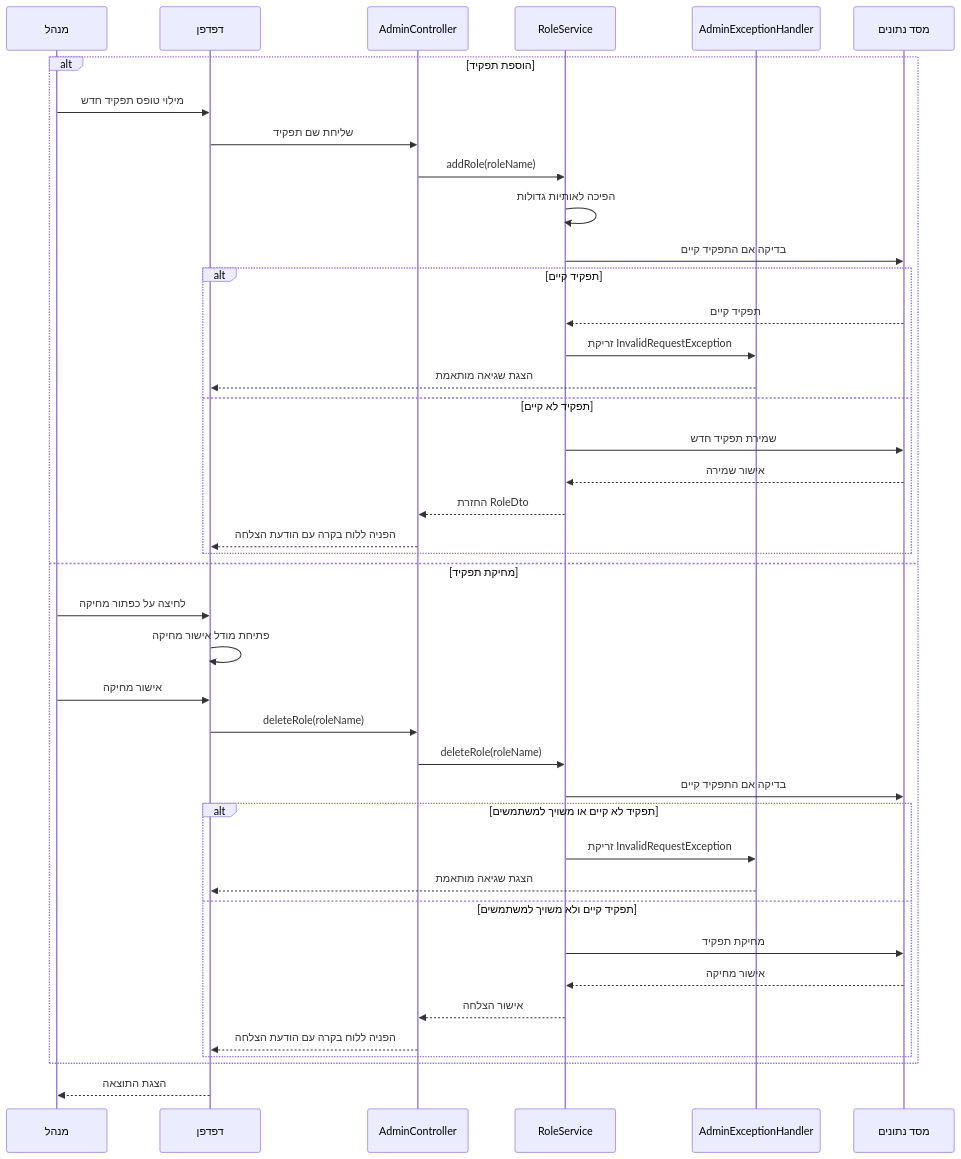
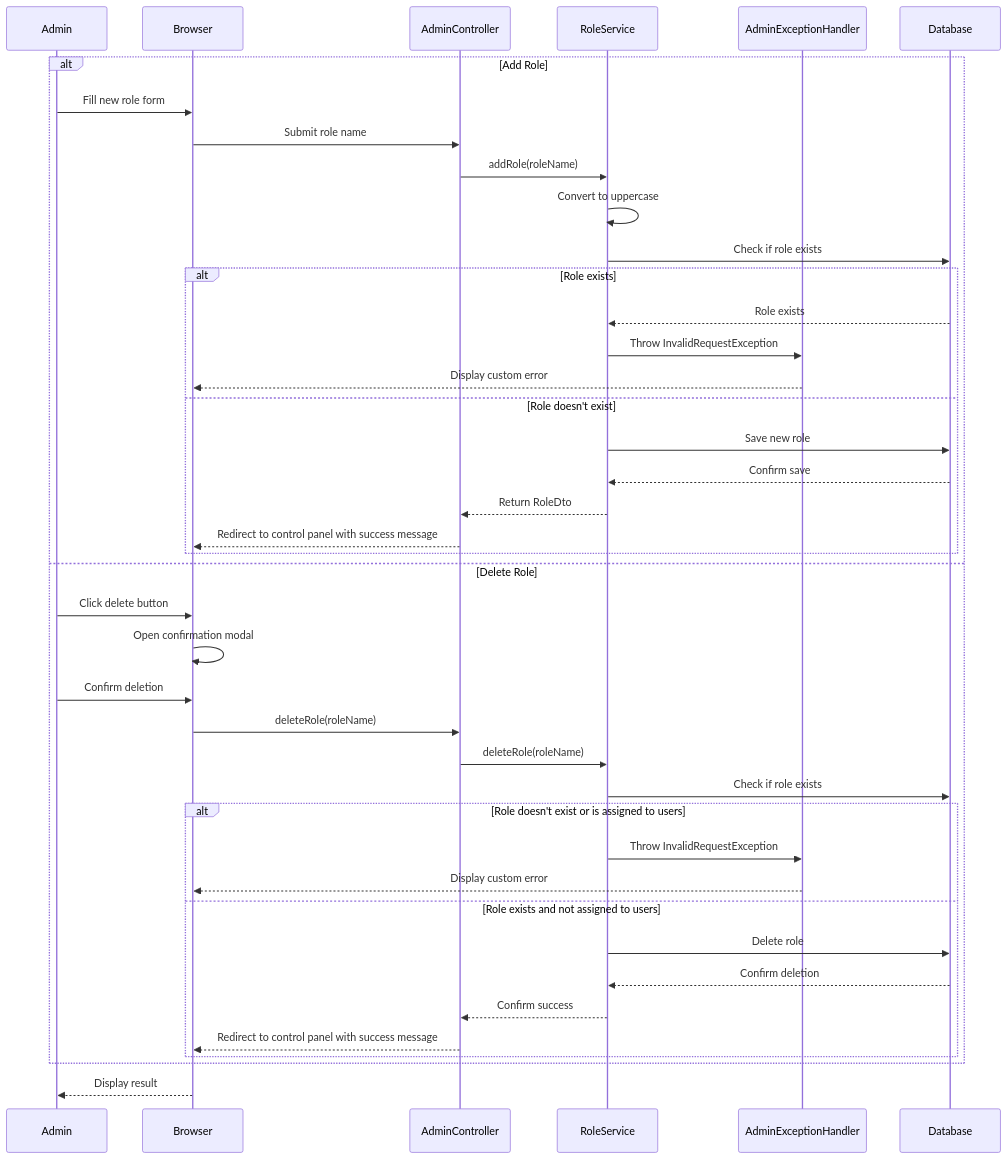
The tenth of 11 diagrams in Stage6/תיעוד פרויקט ניהול משתמשים ותפקידים - Stage6.md (EliGuriel/Course_Meeting5), drawn with Mermaid before and after one commit. The commit also changed other lines of this file and 19 other files, not shown here.

````diff
--- a/Stage6/תיעוד פרויקט ניהול משתמשים ותפקידים - Stage6.md
+++ b/Stage6/תיעוד פרויקט ניהול משתמשים ותפקידים - Stage6.md
@@ -822,48 +822,48 @@
 ```mermaid
 sequenceDiagram
-    participant Admin as מנהל
-    participant Browser as דפדפן
+    participant Admin
+    participant Browser
     participant Controller as AdminController
     participant Service as RoleService
     participant AdminHandler as AdminExceptionHandler
-    participant DB as מסד נתונים
+    participant DB as Database
 
-    alt הוספת תפקיד
-        Admin->>Browser: מילוי טופס תפקיד חדש
-        Browser->>Controller: שליחת שם תפקיד
+    alt Add Role
+        Admin->>Browser: Fill new role form
+        Browser->>Controller: Submit role name
         Controller->>Service: addRole(roleName)
-        Service->>Service: הפיכה לאותיות גדולות
-        Service->>DB: בדיקה אם התפקיד קיים
+        Service->>Service: Convert to uppercase
+        Service->>DB: Check if role exists
 
-        alt תפקיד קיים
-            DB-->>Service: תפקיד קיים
-            Service->>AdminHandler: זריקת InvalidRequestException
-            AdminHandler-->>Browser: הצגת שגיאה מותאמת
-        else תפקיד לא קיים
-            Service->>DB: שמירת תפקיד חדש
-            DB-->>Service: אישור שמירה
-            Service-->>Controller: החזרת RoleDto
-            Controller-->>Browser: הפניה ללוח בקרה עם הודעת הצלחה
+        alt Role exists
+            DB-->>Service: Role exists
+            Service->>AdminHandler: Throw InvalidRequestException
+            AdminHandler-->>Browser: Display custom error
+        else Role doesn't exist
+            Service->>DB: Save new role
+            DB-->>Service: Confirm save
+            Service-->>Controller: Return RoleDto
+            Controller-->>Browser: Redirect to control panel with success message
         end
 
-    else מחיקת תפקיד
-        Admin->>Browser: לחיצה על כפתור מחיקה
-        Browser->>Browser: פתיחת מודל אישור מחיקה
-        Admin->>Browser: אישור מחיקה
+    else Delete Role
+        Admin->>Browser: Click delete button
+        Browser->>Browser: Open confirmation modal
+        Admin->>Browser: Confirm deletion
         Browser->>Controller: deleteRole(roleName)
         Controller->>Service: deleteRole(roleName)
-        Service->>DB: בדיקה אם התפקיד קיים
+        Service->>DB: Check if role exists
         
-        alt תפקיד לא קיים או משויך למשתמשים
-            Service->>AdminHandler: זריקת InvalidRequestException
-            AdminHandler-->>Browser: הצגת שגיאה מותאמת
-        else תפקיד קיים ולא משויך למשתמשים
-            Service->>DB: מחיקת תפקיד
-            DB-->>Service: אישור מחיקה
-            Service-->>Controller: אישור הצלחה
-            Controller-->>Browser: הפניה ללוח בקרה עם הודעת הצלחה
+        alt Role doesn't exist or is assigned to users
+            Service->>AdminHandler: Throw InvalidRequestException
+            AdminHandler-->>Browser: Display custom error
+        else Role exists and not assigned to users
+            Service->>DB: Delete role
+            DB-->>Service: Confirm deletion
+            Service-->>Controller: Confirm success
+            Controller-->>Browser: Redirect to control panel with success message
         end
     end
 
-    Browser-->>Admin: הצגת התוצאה
+    Browser-->>Admin: Display result
 ```
````
